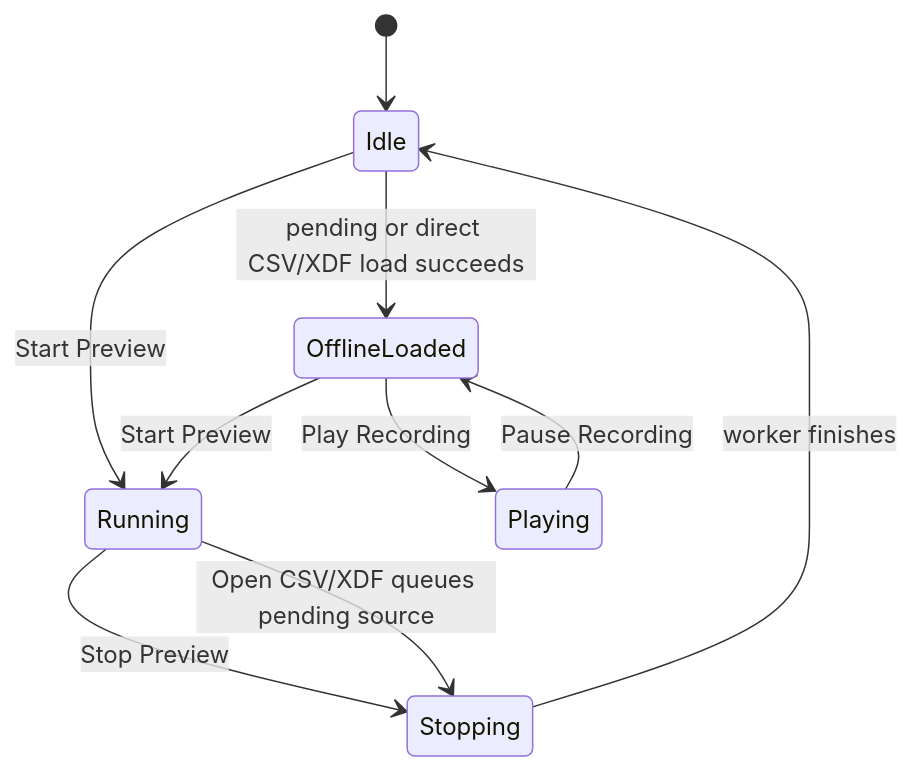
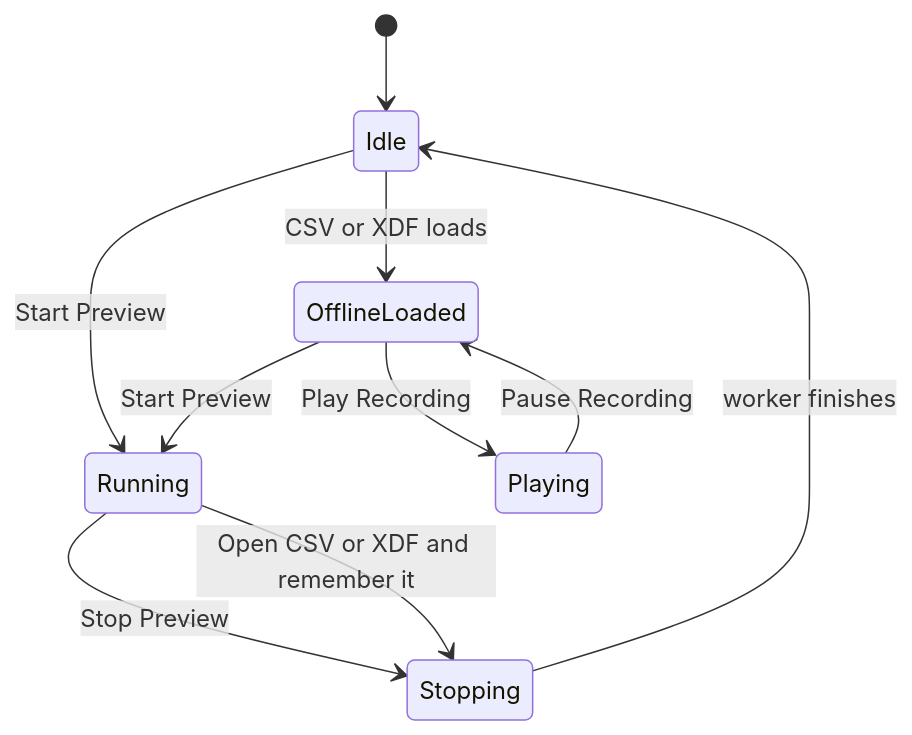
Before and after one commit to attackofthetitan/vicon-lsl-sync: the seventh of 11 diagrams in docs/runtime-state-machines.md, drawn with Mermaid. The commit also changed other lines of this file and 6 other files, not shown here.

````diff
--- a/docs/runtime-state-machines.md
+++ b/docs/runtime-state-machines.md
@@ -275,12 +273,12 @@
 ```mermaid
 stateDiagram-v2
     [*] --> Idle
     Idle --> Running: Start Preview
     Running --> Stopping: Stop Preview
-    Running --> Stopping: Open CSV/XDF queues pending source
+    Running --> Stopping: Open CSV or XDF and remember it
     Stopping --> Idle: worker finishes
-    Idle --> OfflineLoaded: pending or direct CSV/XDF load succeeds
+    Idle --> OfflineLoaded: CSV or XDF loads
     OfflineLoaded --> Playing: Play Recording
     Playing --> OfflineLoaded: Pause Recording
     OfflineLoaded --> Running: Start Preview
 ```
````
